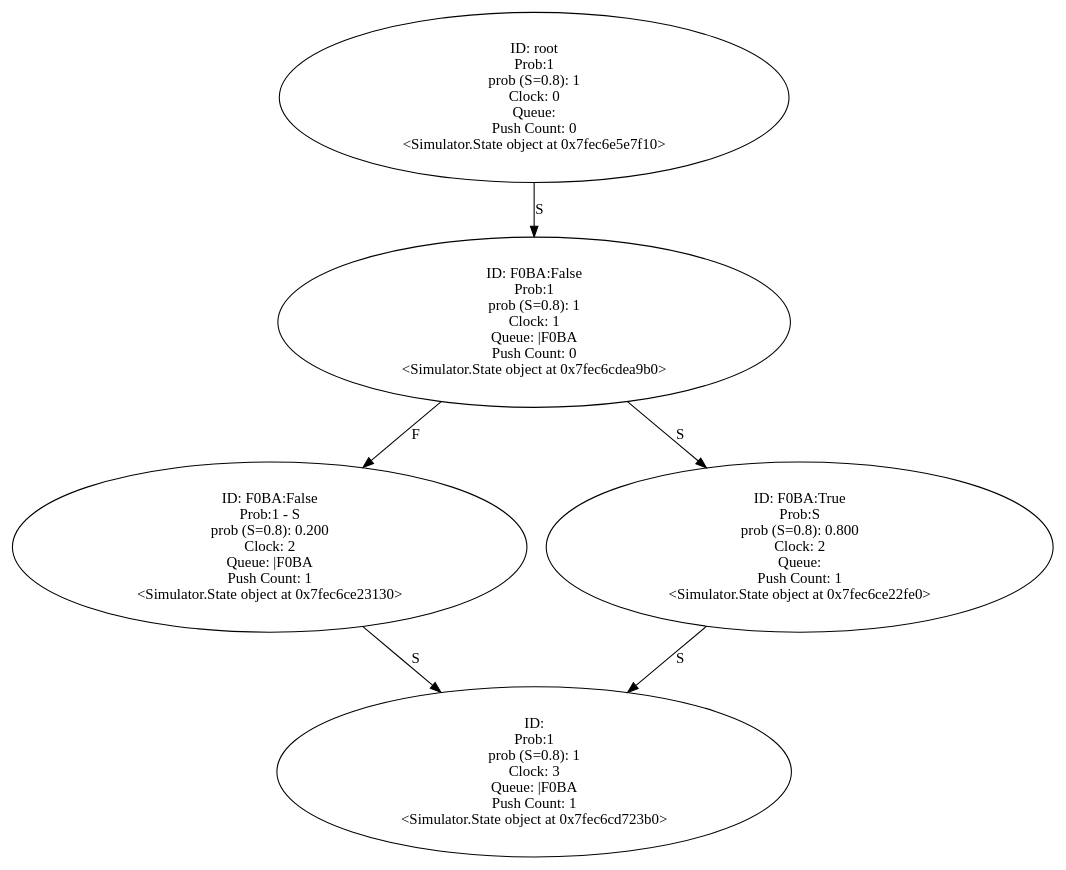
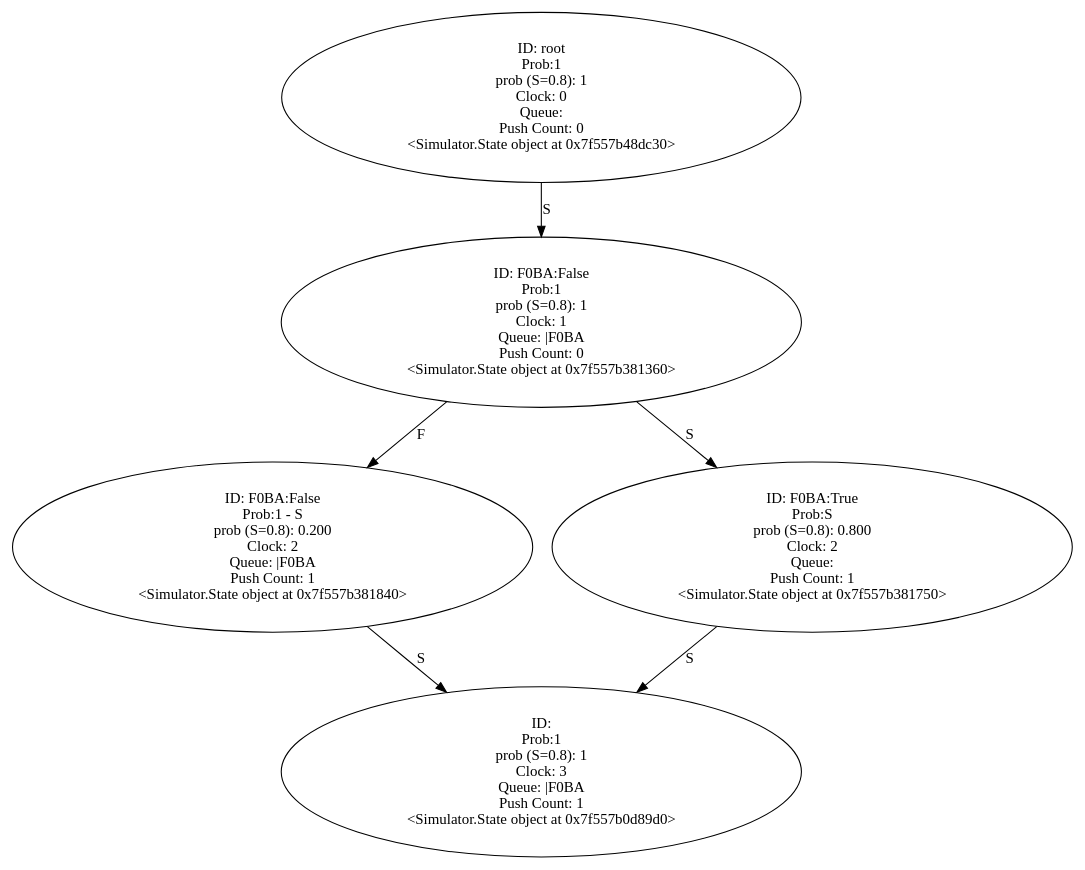
One commit to YasinBoloorchi/WARP-Simulator changed the diagram in Output/half_condition.wrp.gv. Above: the diagram before and after it, drawn with Graphviz. The commit also changed 72 other files, not shown here.

Commit message:
Added conditional pull in step five and fixed flow_name bug

```diff
--- a/Output/half_condition.wrp.gv
+++ b/Output/half_condition.wrp.gv
@@ -1,42 +1,42 @@
 digraph "./Output/half_condition.wrp" {
-	<Simulator.State object at 0x7fec6e5e7f10> [label="ID: root
+	<Simulator.State object at 0x7f557b48dc30> [label="ID: root
 Prob:1
 prob (S=0.8): 1
 Clock: 0
 Queue: 
 Push Count: 0
-<Simulator.State object at 0x7fec6e5e7f10>"]
-	<Simulator.State object at 0x7fec6e5e7f10> -> <Simulator.State object at 0x7fec6cdea9b0> [label=S]
-	<Simulator.State object at 0x7fec6cdea9b0> [label="ID: F0BA:False
+<Simulator.State object at 0x7f557b48dc30>"]
+	<Simulator.State object at 0x7f557b48dc30> -> <Simulator.State object at 0x7f557b381360> [label=S]
+	<Simulator.State object at 0x7f557b381360> [label="ID: F0BA:False
 Prob:1
 prob (S=0.8): 1
 Clock: 1
 Queue: |F0BA
 Push Count: 0
-<Simulator.State object at 0x7fec6cdea9b0>"]
-	<Simulator.State object at 0x7fec6cdea9b0> -> <Simulator.State object at 0x7fec6ce23130> [label=F]
-	<Simulator.State object at 0x7fec6cdea9b0> -> <Simulator.State object at 0x7fec6ce22fe0> [label=S]
-	<Simulator.State object at 0x7fec6ce23130> [label="ID: F0BA:False
+<Simulator.State object at 0x7f557b381360>"]
+	<Simulator.State object at 0x7f557b381360> -> <Simulator.State object at 0x7f557b381840> [label=F]
+	<Simulator.State object at 0x7f557b381360> -> <Simulator.State object at 0x7f557b381750> [label=S]
+	<Simulator.State object at 0x7f557b381840> [label="ID: F0BA:False
 Prob:1 - S
 prob (S=0.8): 0.200
 Clock: 2
 Queue: |F0BA
 Push Count: 1
-<Simulator.State object at 0x7fec6ce23130>"]
-	<Simulator.State object at 0x7fec6ce23130> -> <Simulator.State object at 0x7fec6cd723b0> [label=S]
-	<Simulator.State object at 0x7fec6ce22fe0> [label="ID: F0BA:True
+<Simulator.State object at 0x7f557b381840>"]
+	<Simulator.State object at 0x7f557b381840> -> <Simulator.State object at 0x7f557b0d89d0> [label=S]
+	<Simulator.State object at 0x7f557b381750> [label="ID: F0BA:True
 Prob:S
 prob (S=0.8): 0.800
 Clock: 2
 Queue: 
 Push Count: 1
-<Simulator.State object at 0x7fec6ce22fe0>"]
-	<Simulator.State object at 0x7fec6ce22fe0> -> <Simulator.State object at 0x7fec6cd723b0> [label=S]
-	<Simulator.State object at 0x7fec6cd723b0> [label="ID: 
+<Simulator.State object at 0x7f557b381750>"]
+	<Simulator.State object at 0x7f557b381750> -> <Simulator.State object at 0x7f557b0d89d0> [label=S]
+	<Simulator.State object at 0x7f557b0d89d0> [label="ID: 
 Prob:1
 prob (S=0.8): 1
 Clock: 3
 Queue: |F0BA
 Push Count: 1
-<Simulator.State object at 0x7fec6cd723b0>"]
+<Simulator.State object at 0x7f557b0d89d0>"]
 }
```
